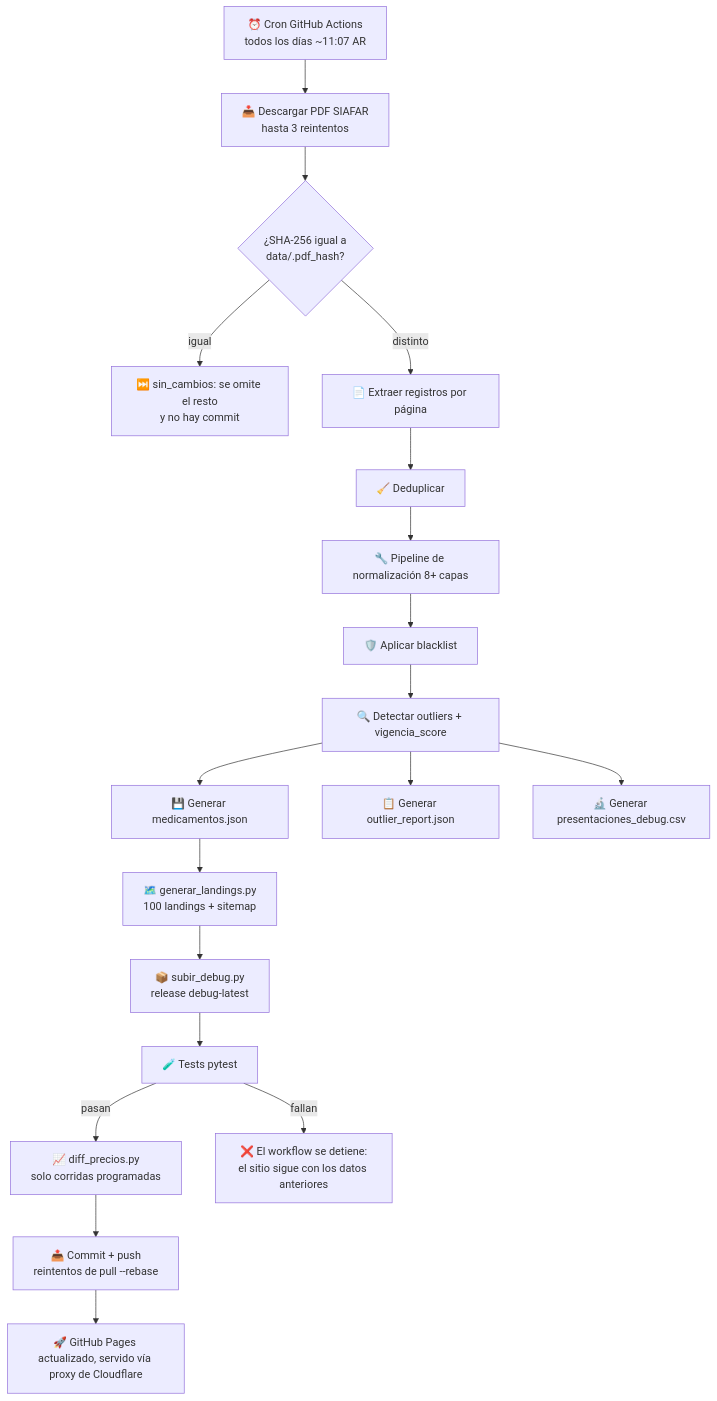
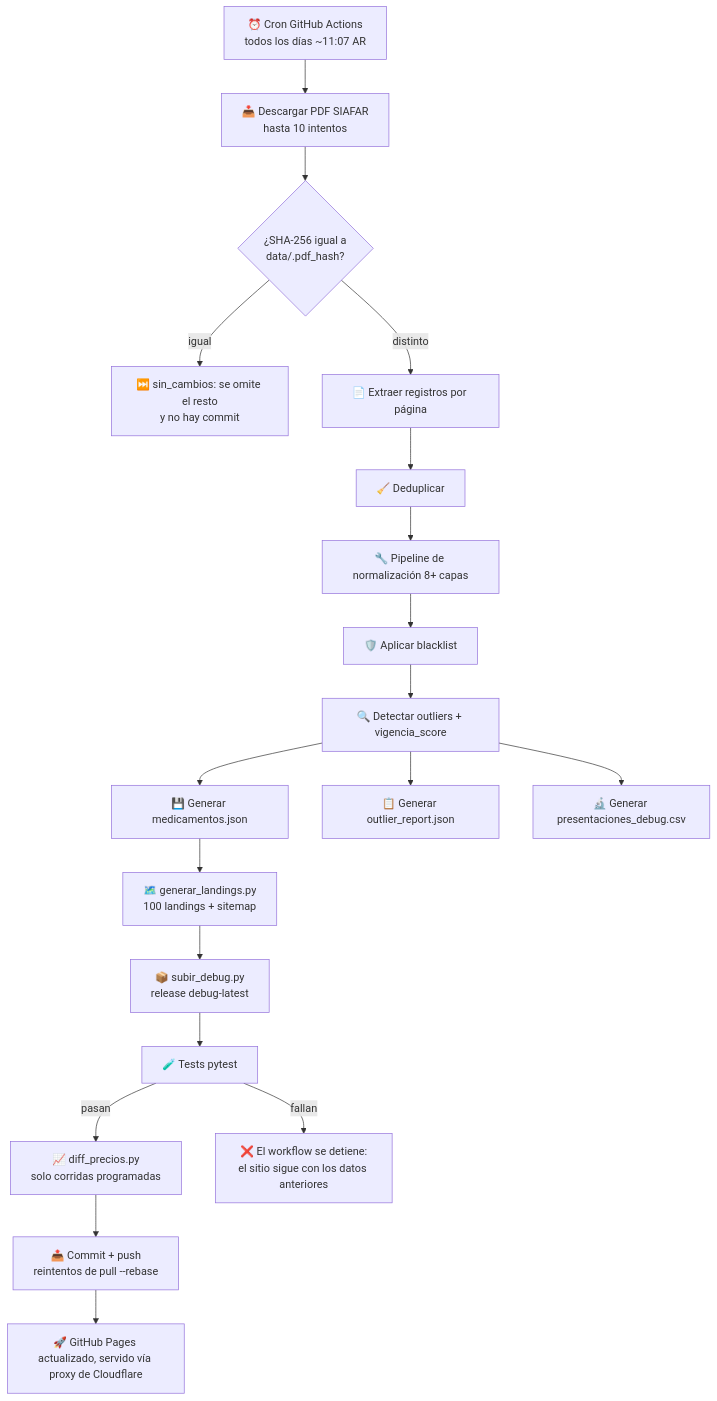
The second of 9 diagrams in README.md (psbella/remediar), drawn with Mermaid before and after one commit. The commit also changed other lines of this file and 1 other file, not shown here.

Commit message:
docs(readme): actualizar cifras del dataset, tests (37), reintentos de descarga, CSP y tests.yml en ES y EN

````diff
--- a/README.md
+++ b/README.md
@@ -303,34 +304,34 @@
 ```mermaid
 flowchart TD
 
     A[⏰ Cron GitHub Actions<br/>todos los días ~11:07 AR]
-    B[📥 Descargar PDF SIAFAR<br/>hasta 3 reintentos]
+    B[📥 Descargar PDF SIAFAR<br/>hasta 10 intentos]
     HS{¿SHA-256 igual a<br/>data/.pdf_hash?}
     SK[⏭️ sin_cambios: se omite el resto<br/>y no hay commit]
     C[📄 Extraer registros por página]
     DD[🧹 Deduplicar]
     N1[🔧 Pipeline de normalización 8+ capas]
     BL[🛡️ Aplicar blacklist]
     E[🔍 Detectar outliers + vigencia_score]
     F[💾 Generar medicamentos.json]
     R[📋 Generar outlier_report.json]
     CSV[🔬 Generar presentaciones_debug.csv]
     L[🗺️ generar_landings.py<br/>100 landings + sitemap]
     DBG[📦 subir_debug.py<br/>release debug-latest]
     T[🧪 Tests pytest]
     DF[📈 diff_precios.py<br/>solo corridas programadas]
     H[📤 Commit + push<br/>reintentos de pull --rebase]
     I[🚀 GitHub Pages actualizado, servido vía proxy de Cloudflare]
 
     A --> B --> HS
     HS -- igual --> SK
     HS -- distinto --> C
     C --> DD --> N1 --> BL --> E
     E --> F
     E --> R
     E --> CSV
     F --> L --> DBG --> T
     T -- fallan --> X[❌ El workflow se detiene:<br/>el sitio sigue con los datos anteriores]
     T -- pasan --> DF --> H
     H --> I
 ```
````
